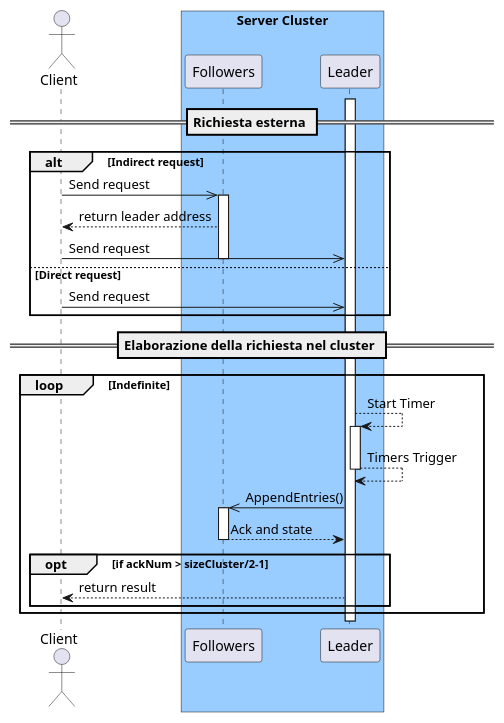
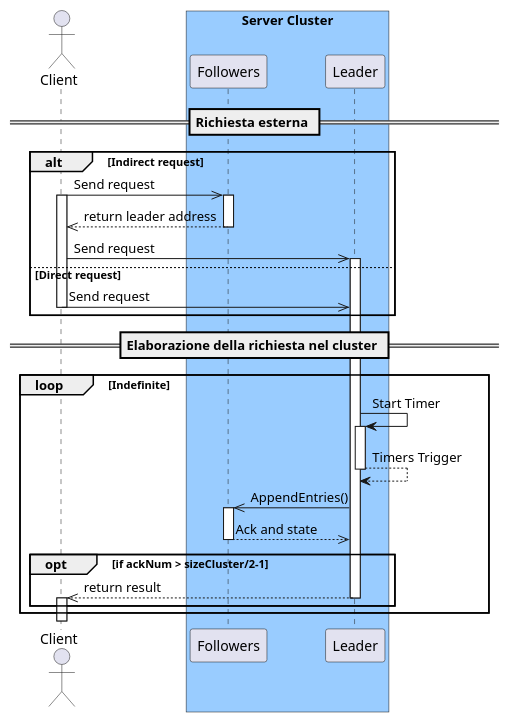
The diagram in doc/plantuml/seqDiagrams/ClientRequest.plantuml (thedevstone/akka-raft), drawn with PlantUML before and after one commit. The commit also changed 5 other files, not shown here.

Commit message:
fixed diagram J

```diff
--- a/doc/plantuml/seqDiagrams/ClientRequest.plantuml
+++ b/doc/plantuml/seqDiagrams/ClientRequest.plantuml
@@ -1,52 +1,36 @@
 @startuml
     
   actor "Client"  
   box "Server Cluster" #99CCFF
     participant "Followers" as Followers
     participant "Leader" as Leader
 	end box
-  activate Leader
-
- /' note Over Client 
-    In questo schema, è espresso 
-    il caso d'uso in cui un client 
-    richiede una determinata modifica
-    al cluster, in manieà semplificata
-    per non esagerare con i blocchi alt.
-    Inoltre nello schema,
-    non si tengono in considerazione i
-    classici failure della rete
-  end note'/
   == Richiesta esterna ==
   alt Indirect request
   Client ->> Followers : Send request 
+  activate Client
   activate Followers
-  Followers --> Client : return leader address
+  Followers -->> Client : return leader address
+  deactivate Followers
   Client ->> Leader : Send request
-  deactivate Followers
+  activate Leader
   else Direct request
   Client ->> Leader : Send request
+  deactivate Client
   end group
   == Elaborazione della richiesta nel cluster ==
   loop Indefinite
-    Leader --> Leader ++ : Start Timer
+    Leader -> Leader ++: Start Timer
     return Timers Trigger
     Leader ->> Followers : AppendEntries()
-
     activate Followers
-    Followers --> Leader : Ack and state
+    Followers -->> Leader : Ack and state
     deactivate Followers
       opt if ackNum > sizeCluster/2-1
-        Leader --> Client : return result
+        Leader -->> Client : return result
+        deactivate Leader
+        activate Client
+        deactivate Client
     end group
-    /'note Over Client 
-      Le richieste dei client, 
-      vengono eseguite solo una volta,
-      dopodiche il cluster continuerà,
-      questa sequenza di messaggi
-      anche se non ci sono 
-      effettivamente delle entry
-      da diffondere
-    end note'/
   end group
 @enduml
```
